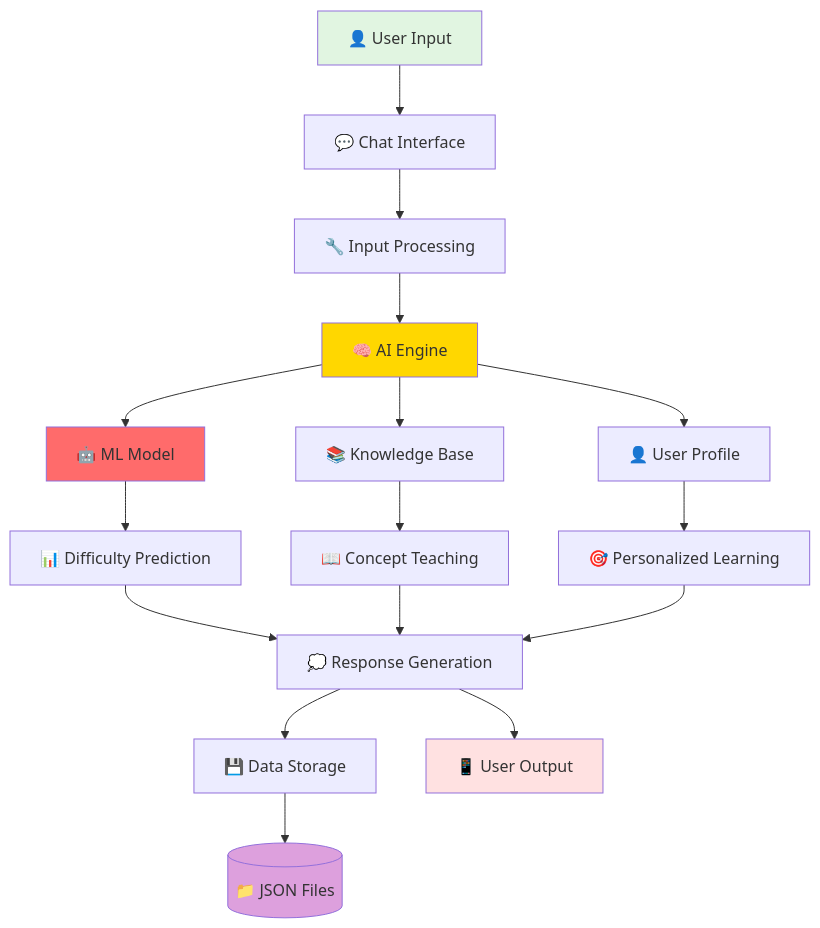
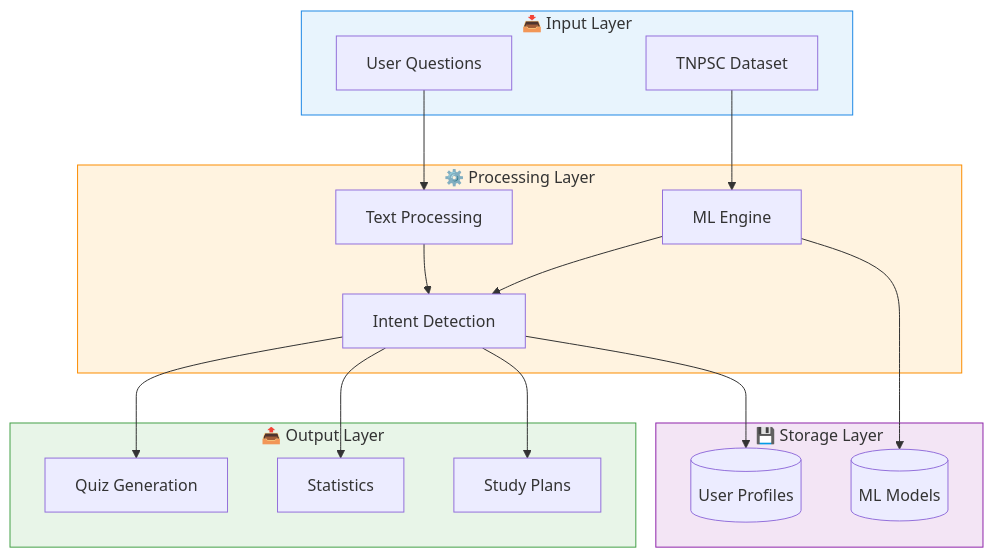
The fourth of 7 diagrams in SIMPLE_BACKEND_DIAGRAM.md (santhoshkumar0918/edu-assistant), drawn with Mermaid before and after one commit. The commit also changed other lines of this file, not shown here.

````diff
--- a/SIMPLE_BACKEND_DIAGRAM.md
+++ b/SIMPLE_BACKEND_DIAGRAM.md
@@ -5,31 +101,42 @@
 ```mermaid
-flowchart TB
-    User[👤 User Input] --> Interface[💬 Chat Interface]
+flowchart TD
+    subgraph Input ["📥 Input Layer"]
+        UserQ[User Questions]
+        DataSet[TNPSC Dataset]
+    end
     
-    Interface --> Processing[🔧 Input Processing]
+    subgraph Process ["⚙️ Processing Layer"]
+        NLP[Text Processing]
+        ML[ML Engine]
+        Intent[Intent Detection]
+    end
     
-    Processing --> AI[🧠 AI Engine]
+    subgraph Output ["📤 Output Layer"]
+        Quiz[Quiz Generation]
+        Stats[Statistics]
+        Plans[Study Plans]
+    end
     
-    AI --> ML[🤖 ML Model]
-    AI --> Knowledge[📚 Knowledge Base]
-    AI --> Profile[👤 User Profile]
+    subgraph Storage ["💾 Storage Layer"]
+        Models[(ML Models)]
+        Profiles[(User Profiles)]
+    end
     
-    ML --> Prediction[📊 Difficulty Prediction]
-    Knowledge --> Teaching[📖 Concept Teaching]
-    Profile --> Personalization[🎯 Personalized Learning]
+    UserQ --> NLP
+    DataSet --> ML
+    NLP --> Intent
+    ML --> Intent
     
-    Prediction --> Response[💭 Response Generation]
-    Teaching --> Response
-    Personalization --> Response
+    Intent --> Quiz
+    Intent --> Stats
+    Intent --> Plans
     
-    Response --> Storage[💾 Data Storage]
-    Response --> Output[📱 User Output]
+    ML --> Models
+    Intent --> Profiles
     
-    Storage --> Files[(📁 JSON Files)]
-    
-    style User fill:#e1f5e1
-    style AI fill:#ffd700
-    style ML fill:#ff6b6b
-    style Output fill:#ffe1e1
-    style Files fill:#dda0dd
+    %% Clean professional colors
+    style Input fill:#E8F4FD,stroke:#1E88E5
+    style Process fill:#FFF3E0,stroke:#FB8C00
+    style Output fill:#E8F5E8,stroke:#43A047
+    style Storage fill:#F3E5F5,stroke:#8E24AA
 ```
````
